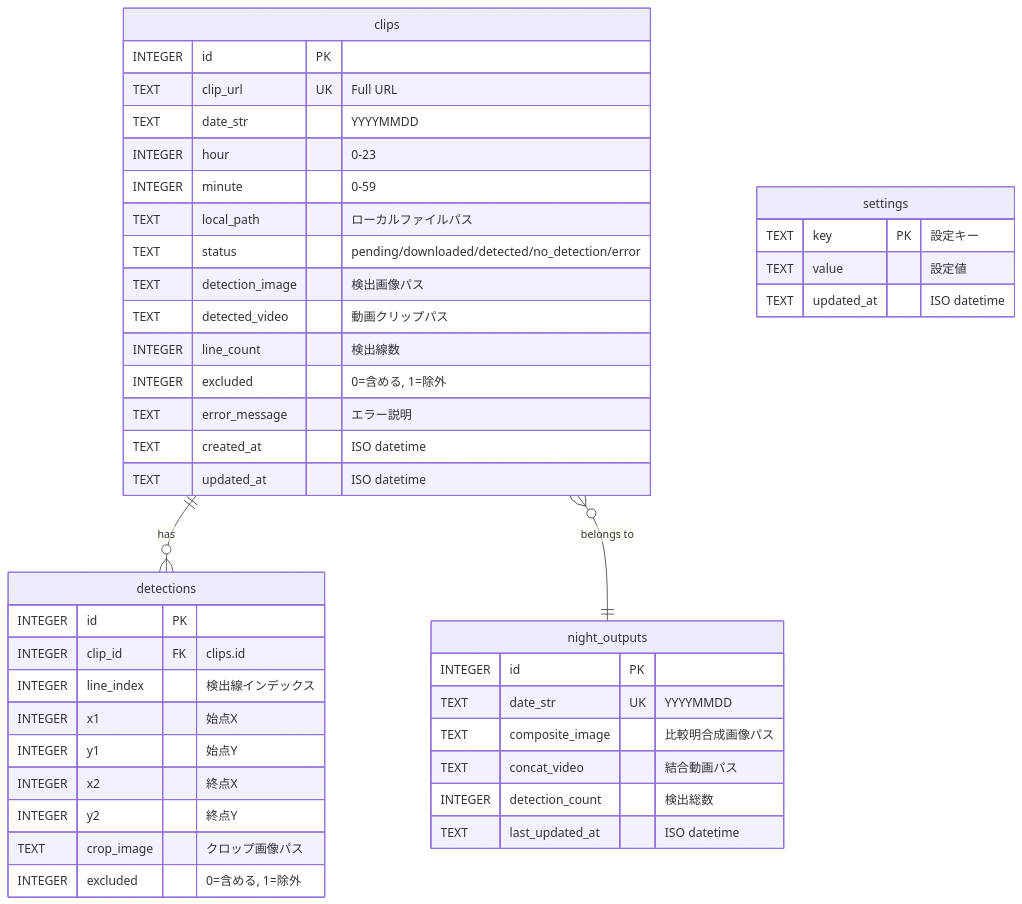
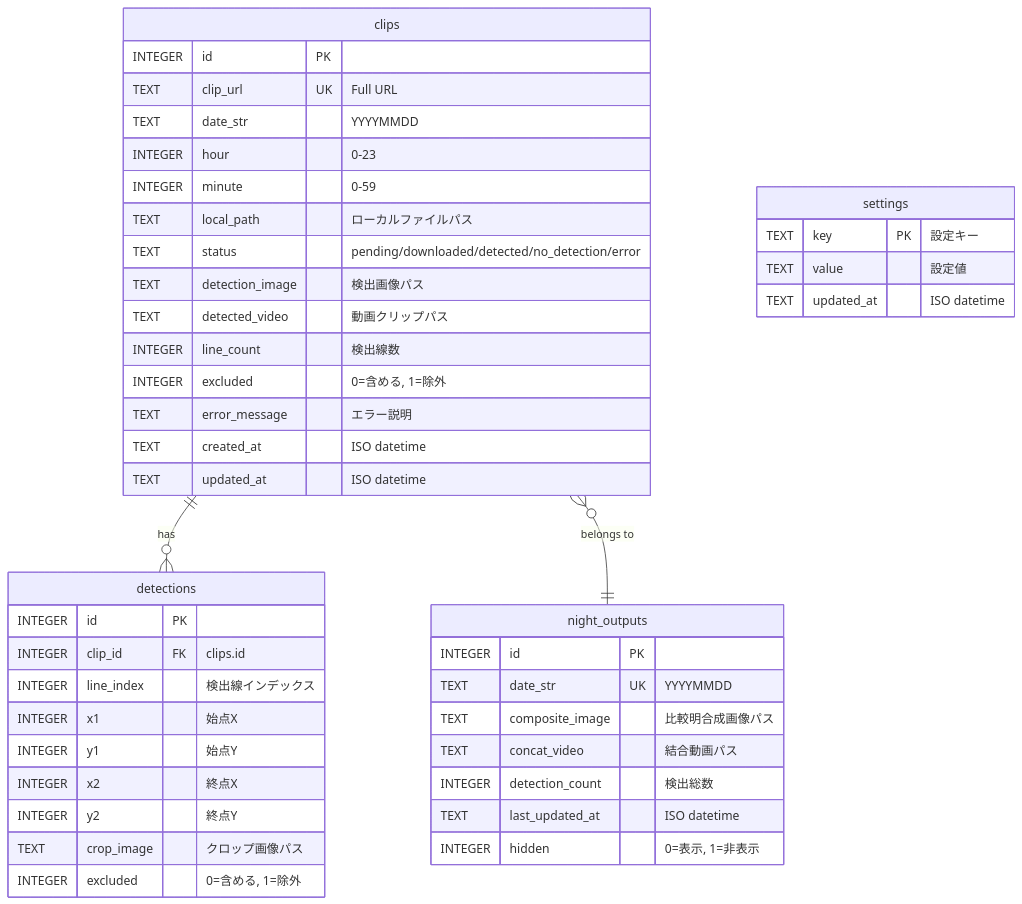
The diagram in docs/specs.md (ysmr3104/atomcam-meteor-detector), drawn with Mermaid before and after one commit. The commit also changed other lines of this file and 14 other files, not shown here.

````diff
--- a/docs/specs.md
+++ b/docs/specs.md
@@ -43,49 +44,50 @@
 ```mermaid
 erDiagram
     clips {
         INTEGER id PK
         TEXT clip_url UK "Full URL"
         TEXT date_str "YYYYMMDD"
         INTEGER hour "0-23"
         INTEGER minute "0-59"
         TEXT local_path "ローカルファイルパス"
         TEXT status "pending/downloaded/detected/no_detection/error"
         TEXT detection_image "検出画像パス"
         TEXT detected_video "動画クリップパス"
         INTEGER line_count "検出線数"
         INTEGER excluded "0=含める, 1=除外"
         TEXT error_message "エラー説明"
         TEXT created_at "ISO datetime"
         TEXT updated_at "ISO datetime"
     }
 
     night_outputs {
         INTEGER id PK
         TEXT date_str UK "YYYYMMDD"
         TEXT composite_image "比較明合成画像パス"
         TEXT concat_video "結合動画パス"
         INTEGER detection_count "検出総数"
         TEXT last_updated_at "ISO datetime"
+        INTEGER hidden "0=表示, 1=非表示"
     }
 
     detections {
         INTEGER id PK
         INTEGER clip_id FK "clips.id"
         INTEGER line_index "検出線インデックス"
         INTEGER x1 "始点X"
         INTEGER y1 "始点Y"
         INTEGER x2 "終点X"
         INTEGER y2 "終点Y"
         TEXT crop_image "クロップ画像パス"
         INTEGER excluded "0=含める, 1=除外"
     }
 
     settings {
         TEXT key PK "設定キー"
         TEXT value "設定値"
         TEXT updated_at "ISO datetime"
     }
 
     clips ||--o{ detections : "has"
     clips }o--|| night_outputs : "belongs to"
 ```
````
